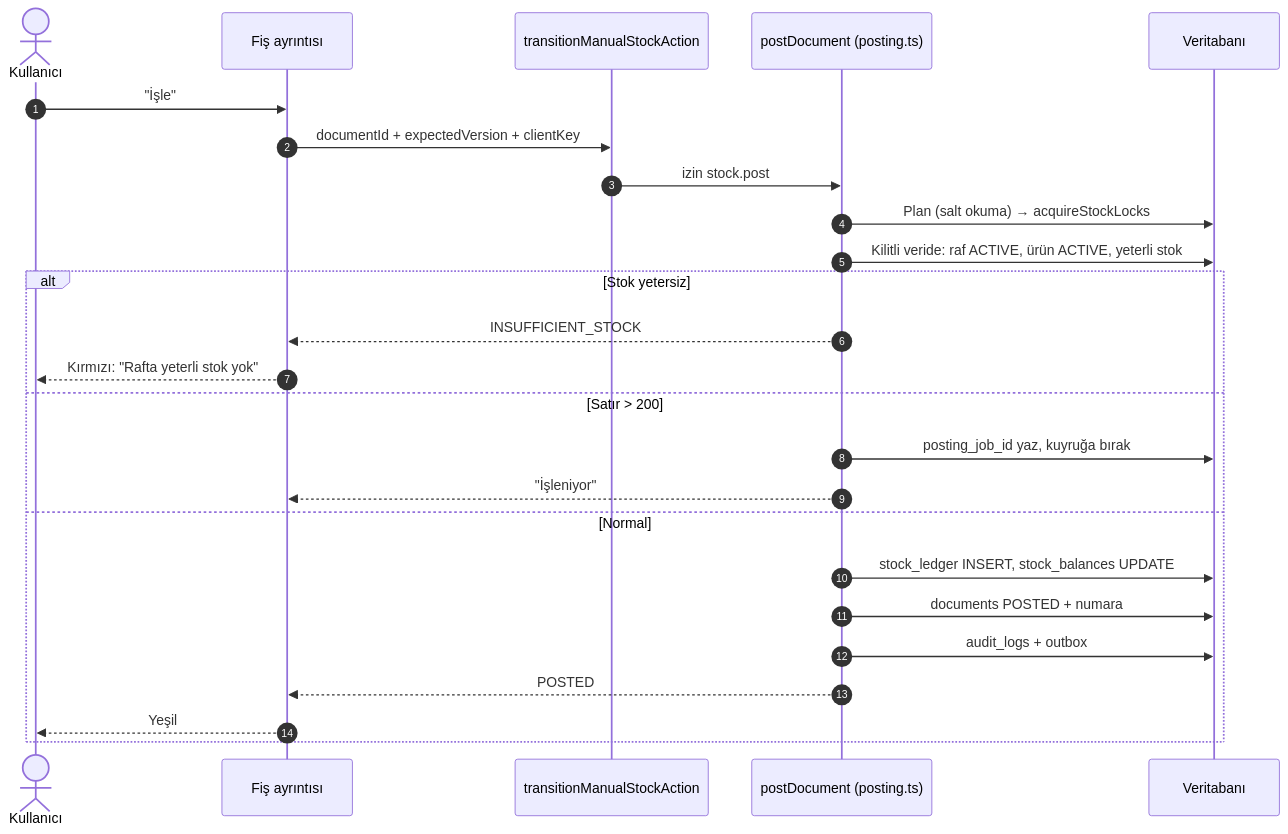
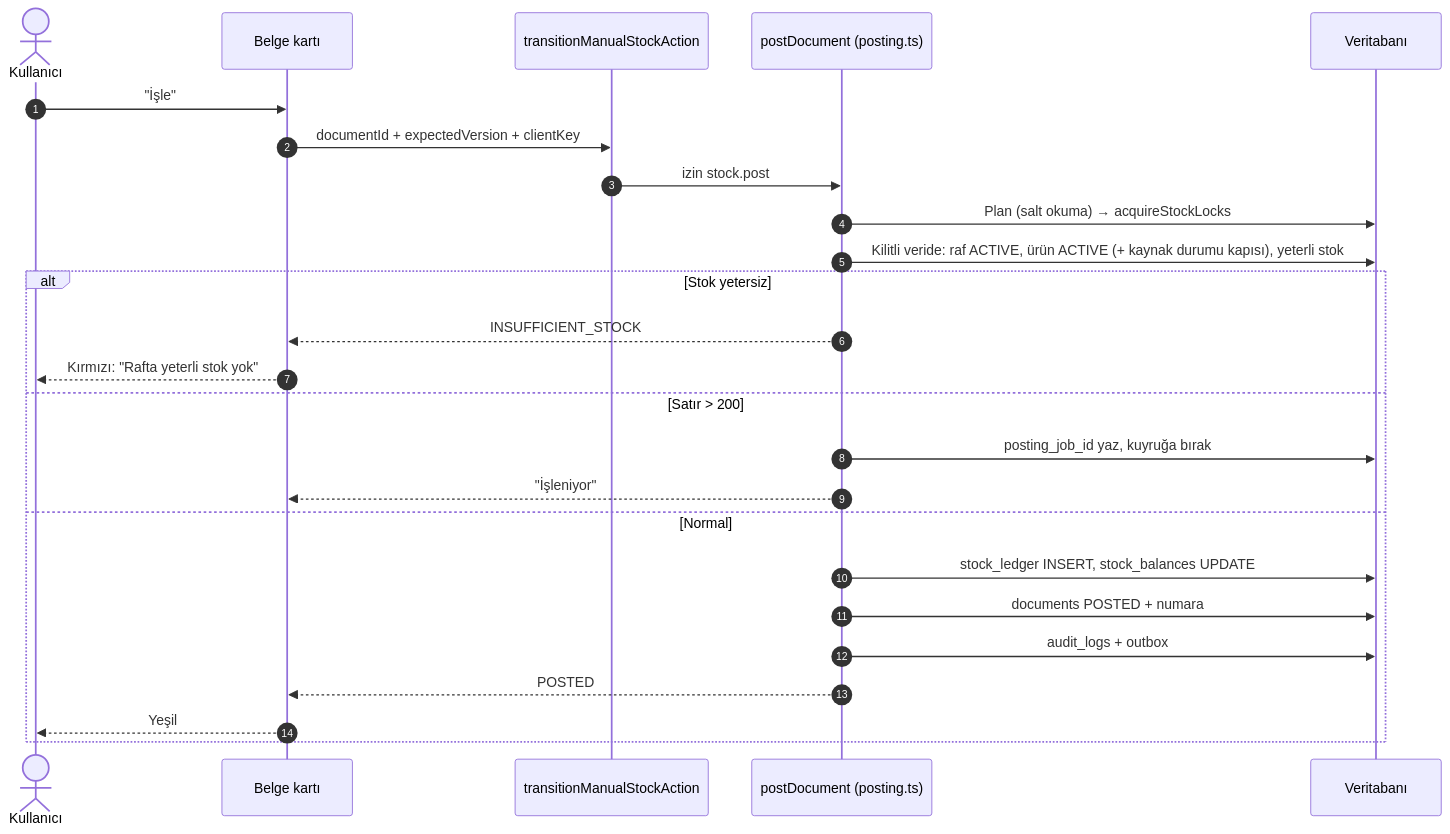
One commit to shosgoren/EtkinWMS changed the seventh of 9 diagrams in docs/fonksiyonel-mimari/02b-mal-kabul-stok-katalog.md. Above: the diagram before and after it, drawn with Mermaid. The commit also changed other lines of this file and 10 other files, not shown here.

````diff
--- a/docs/fonksiyonel-mimari/02b-mal-kabul-stok-katalog.md
+++ b/docs/fonksiyonel-mimari/02b-mal-kabul-stok-katalog.md
@@ -315,27 +334,27 @@
 ```mermaid
 sequenceDiagram
     autonumber
     actor K as Kullanıcı
-    participant E as Fiş ayrıntısı
+    participant E as Belge kartı
     participant A as transitionManualStockAction
     participant P as postDocument (posting.ts)
     participant DB as Veritabanı
     K->>E: "İşle"
     E->>A: documentId + expectedVersion + clientKey
     A->>P: izin stock.post
     P->>DB: Plan (salt okuma) → acquireStockLocks
-    P->>DB: Kilitli veride: raf ACTIVE, ürün ACTIVE, yeterli stok
+    P->>DB: Kilitli veride: raf ACTIVE, ürün ACTIVE (+ kaynak durumu kapısı), yeterli stok
     alt Stok yetersiz
         P-->>E: INSUFFICIENT_STOCK
         E-->>K: Kırmızı: "Rafta yeterli stok yok"
     else Satır > 200
         P->>DB: posting_job_id yaz, kuyruğa bırak
         P-->>E: "İşleniyor"
     else Normal
         P->>DB: stock_ledger INSERT, stock_balances UPDATE
         P->>DB: documents POSTED + numara
         P->>DB: audit_logs + outbox
         P-->>E: POSTED
         E-->>K: Yeşil
     end
 ```
````
